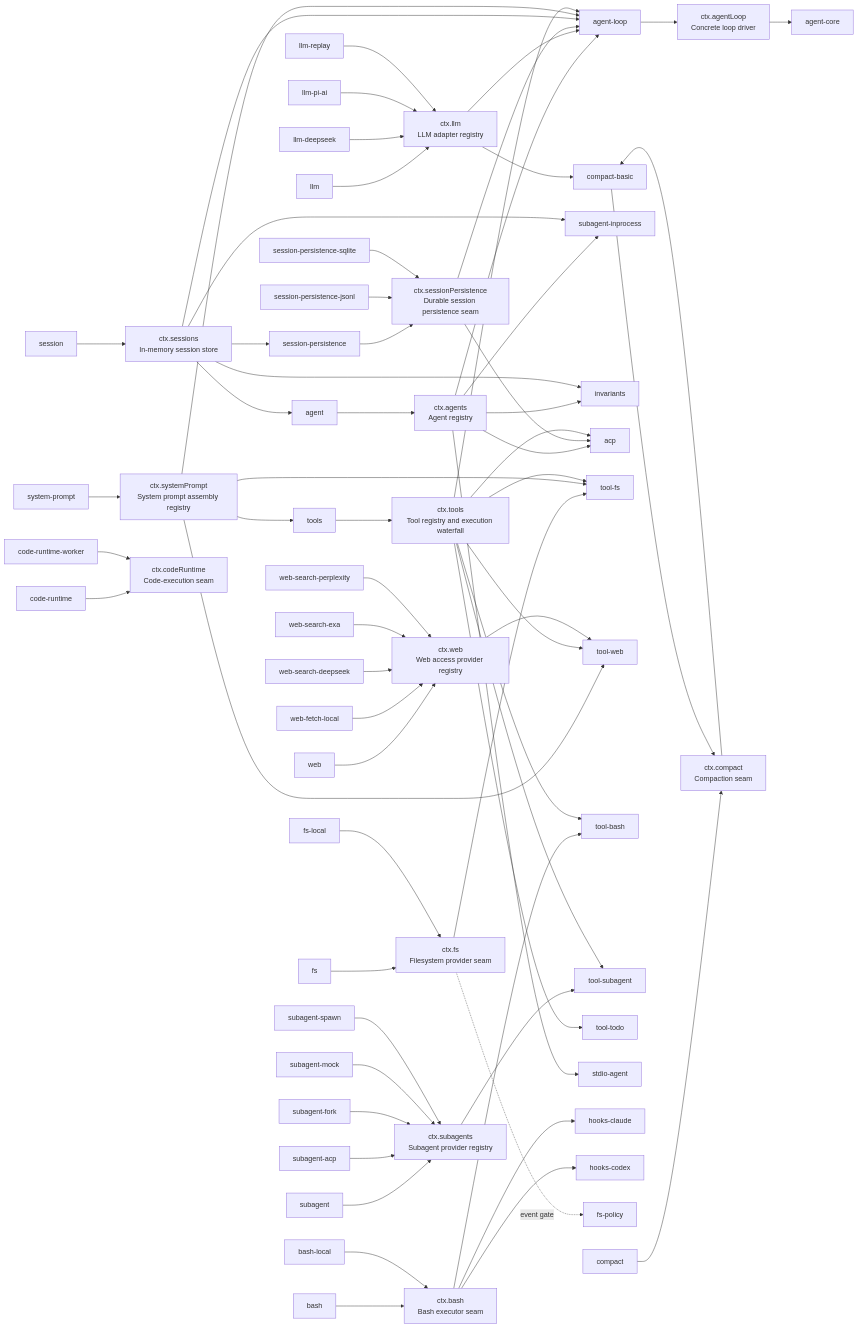
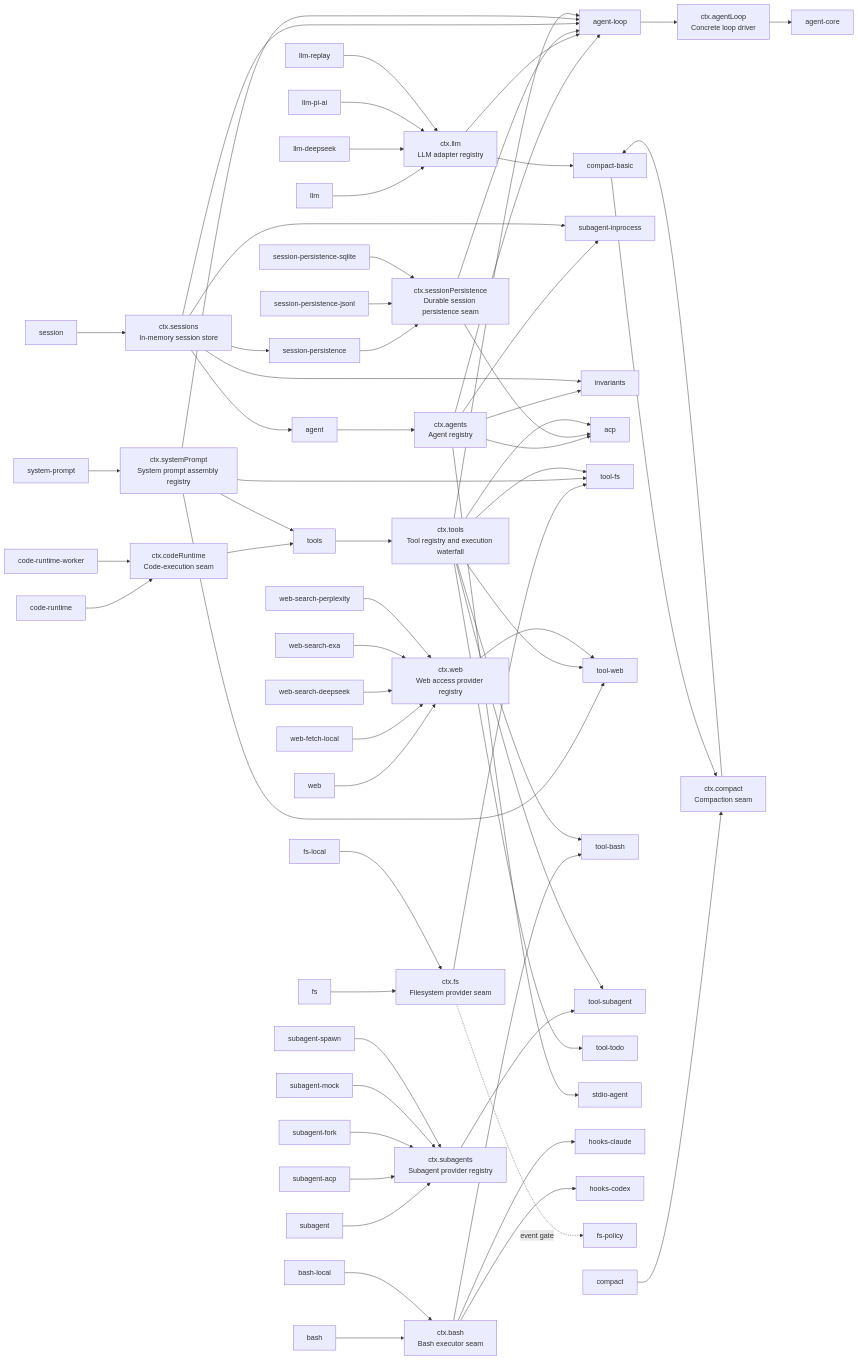
The diagram in docs/capability-seams.md (007M7/DeepCode), drawn with Mermaid before and after one commit. The commit also changed other lines of this file and 55 other files, not shown here.

```diff
--- a/docs/capability-seams.md
+++ b/docs/capability-seams.md
@@ -102,6 +102,7 @@
   svc_bash --> pkg_hooks_claude
   svc_bash --> pkg_hooks_codex
   svc_bash --> pkg_tool_bash
+  svc_codeRuntime --> pkg_tools
   svc_compact --> pkg_compact_basic
   svc_fs --> pkg_tool_fs
   svc_llm --> pkg_agent_loop
```
